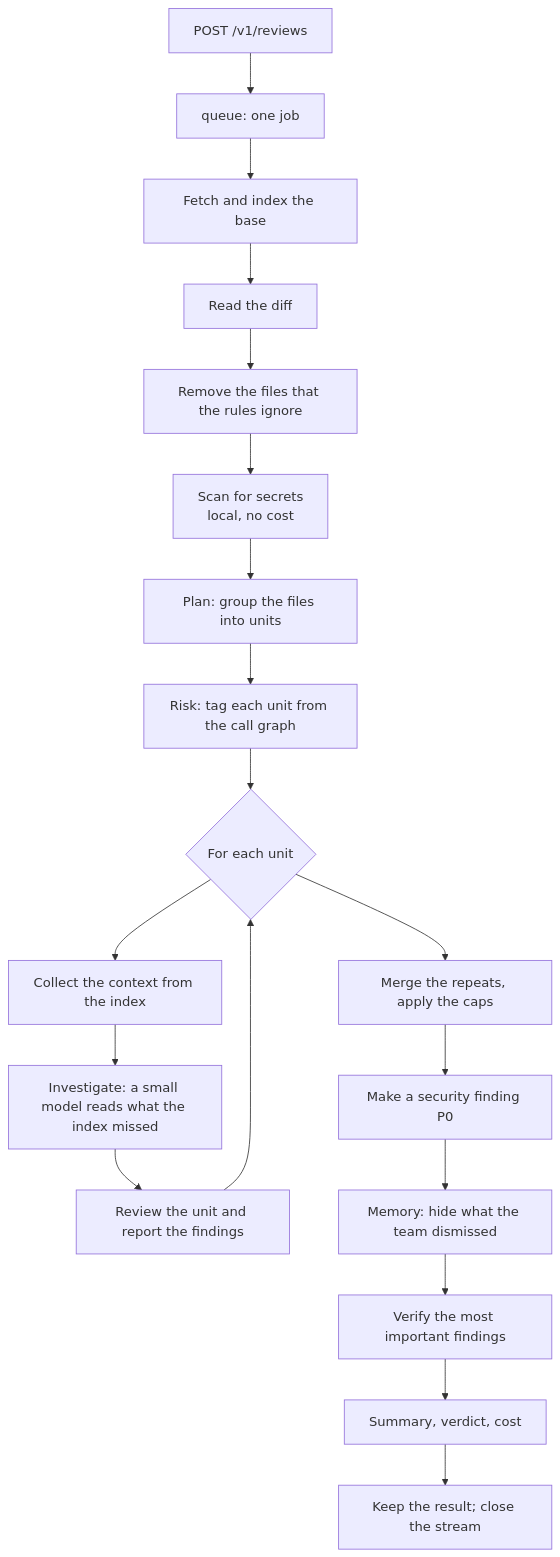
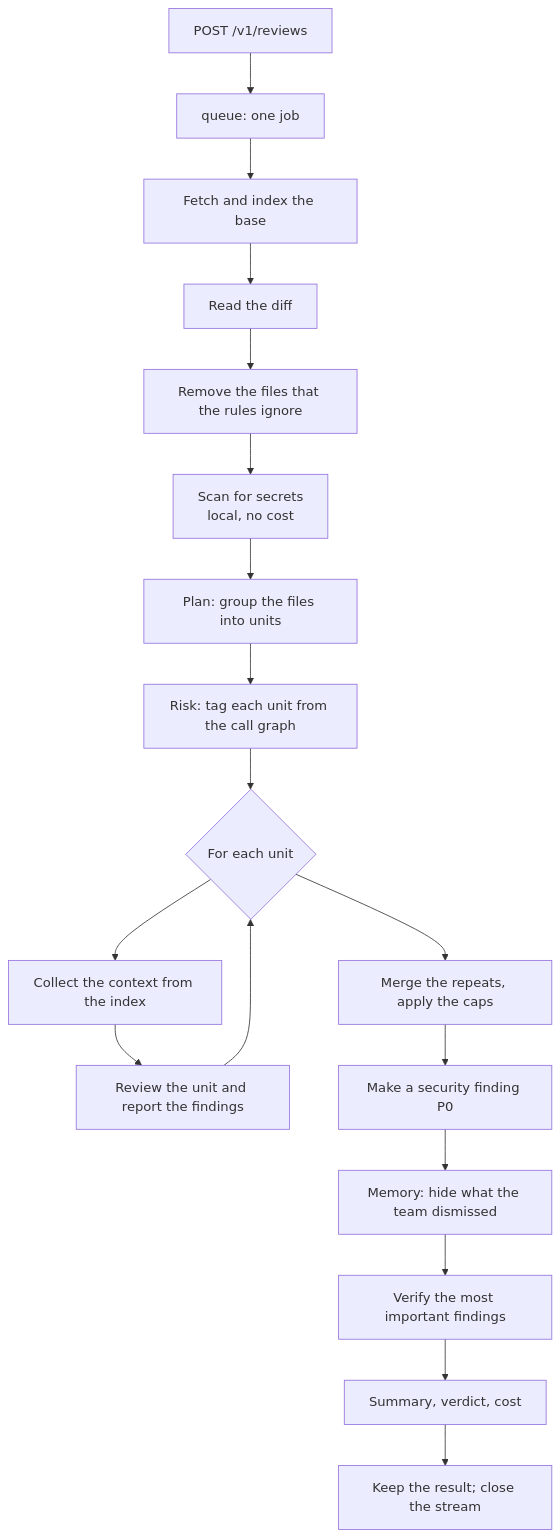
The second of 6 diagrams in docs/architecture.md (tanmoysrt/beagle), drawn with Mermaid before and after one commit. The commit also changed other lines of this file and 17 other files, not shown here.

````diff
--- a/docs/architecture.md
+++ b/docs/architecture.md
@@ -153,21 +151,20 @@
 ```mermaid
 flowchart TD
     A[POST /v1/reviews] --> B[queue: one job]
     B --> C[Fetch and index the base]
     C --> D[Read the diff]
     D --> E[Remove the files that the rules ignore]
     E --> F[Scan for secrets<br/>local, no cost]
     F --> G[Plan: group the files into units]
     G --> H[Risk: tag each unit from the call graph]
     H --> I{For each unit}
     I --> J[Collect the context from the index]
-    J --> K[Investigate: a small model reads what the index missed]
-    K --> M[Review the unit and report the findings]
-    M --> I
+    J --> K[Review the unit and report the findings]
+    K --> I
     I --> N[Merge the repeats, apply the caps]
     N --> O[Make a security finding P0]
     O --> P[Memory: hide what the team dismissed]
     P --> Q[Verify the most important findings]
     Q --> R[Summary, verdict, cost]
     R --> S[Keep the result; close the stream]
 ```
````
